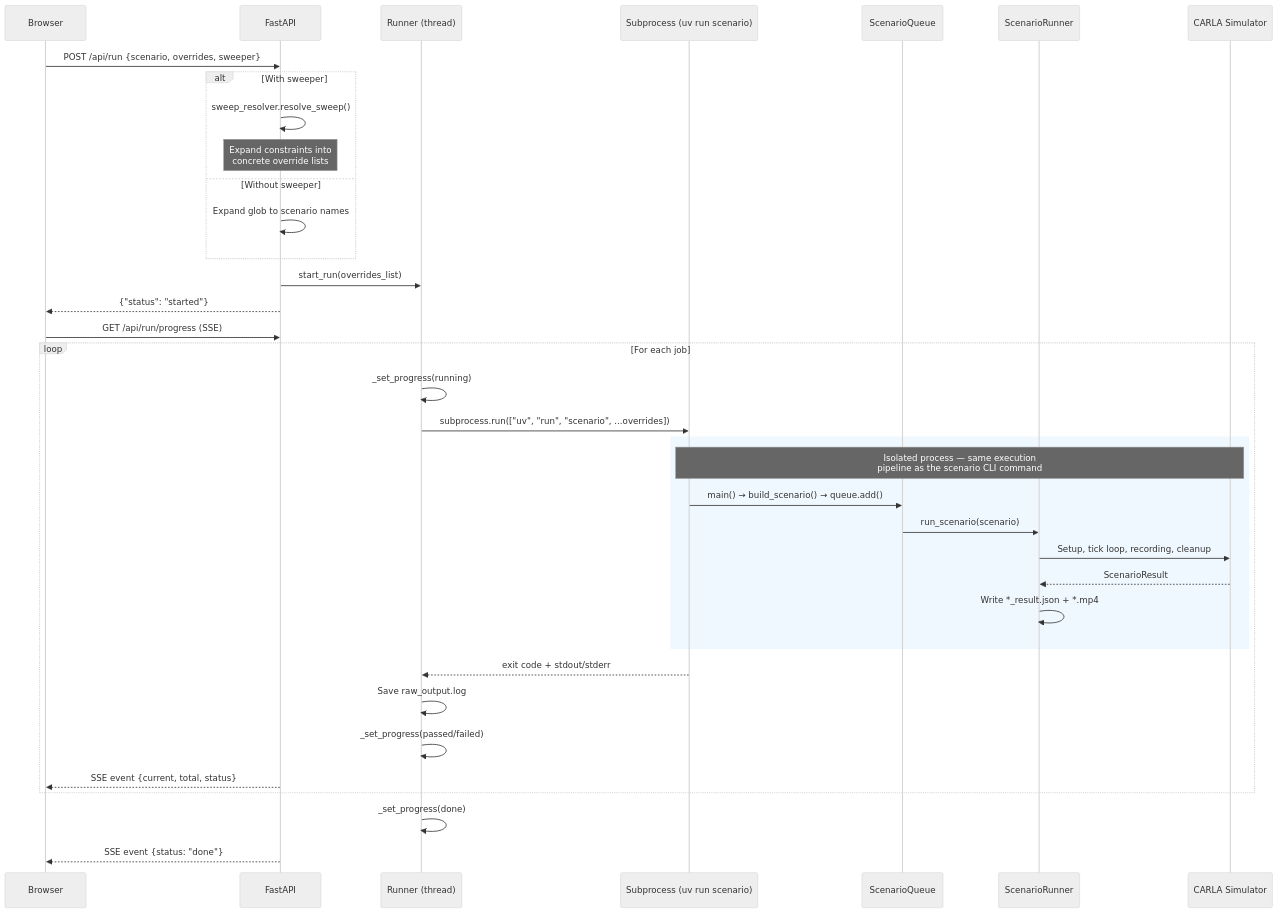
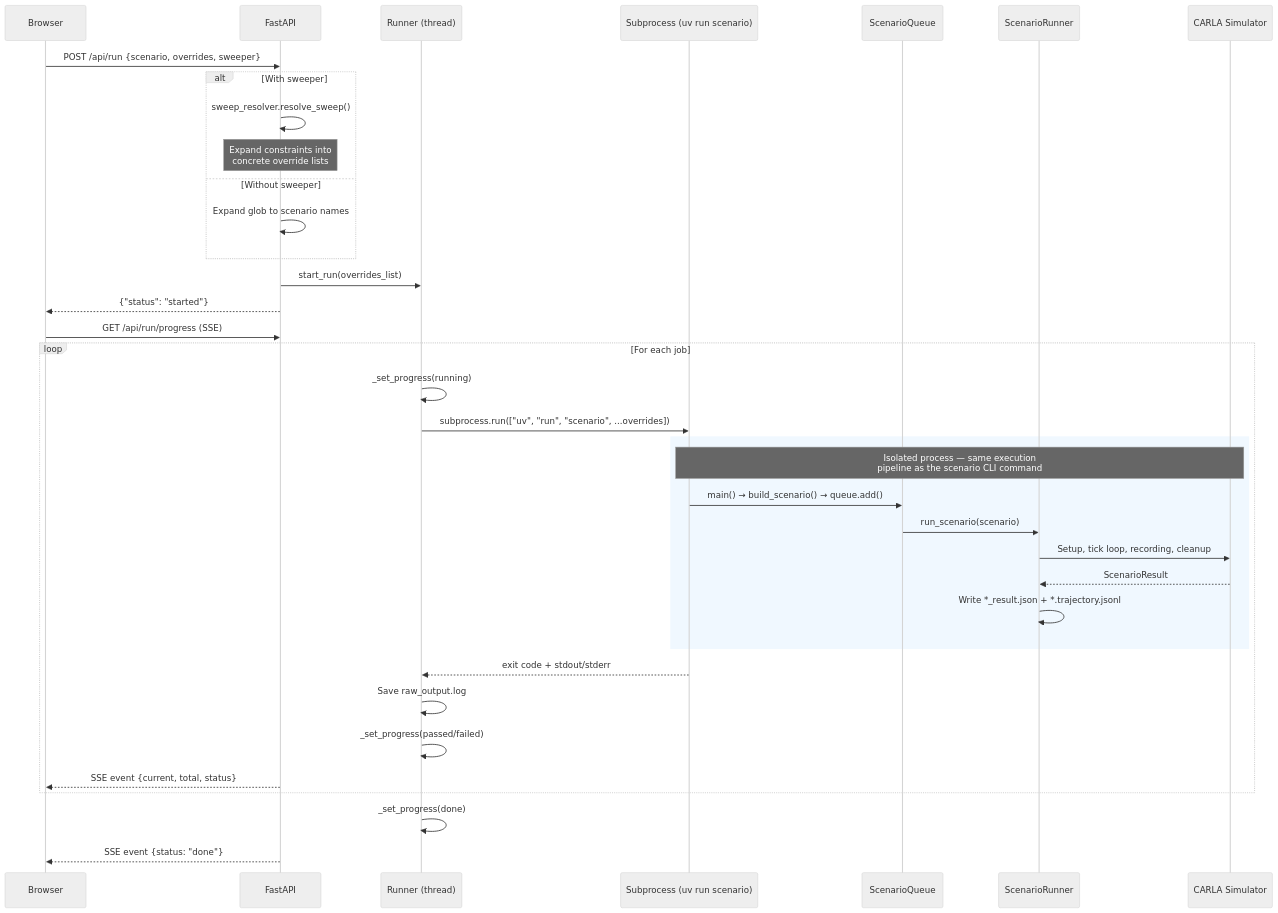
One commit to autowarefoundation/autoware_carla_scenario changed the ninth of 13 diagrams in autoware_carla_scenario/docs/architecture.md. Above: the diagram before and after it, drawn with Mermaid (neutral theme). The commit also changed other lines of this file and 45 other files, not shown here.

````diff
--- a/autoware_carla_scenario/docs/architecture.md
+++ b/autoware_carla_scenario/docs/architecture.md
@@ -903,46 +874,46 @@
 ```mermaid
 sequenceDiagram
     participant B as Browser
     participant A as FastAPI
     participant R as Runner (thread)
     participant S as Subprocess (uv run scenario)
     participant SQ as ScenarioQueue
     participant SR as ScenarioRunner
     participant C as CARLA Simulator
 
     B->>A: POST /api/run {scenario, overrides, sweeper}
 
     alt With sweeper
         A->>A: sweep_resolver.resolve_sweep()
         Note over A: Expand constraints into<br/>concrete override lists
     else Without sweeper
         A->>A: Expand glob to scenario names
     end
 
     A->>R: start_run(overrides_list)
     A-->>B: {"status": "started"}
 
     B->>A: GET /api/run/progress (SSE)
 
     loop For each job
         R->>R: _set_progress(running)
         R->>S: subprocess.run(["uv", "run", "scenario", ...overrides])
 
         rect rgb(240, 248, 255)
             Note over S,C: Isolated process — same execution<br/>pipeline as the scenario CLI command
             S->>SQ: main() → build_scenario() → queue.add()
             SQ->>SR: run_scenario(scenario)
             SR->>C: Setup, tick loop, recording, cleanup
             C-->>SR: ScenarioResult
-            SR->>SR: Write *_result.json + *.mp4
+            SR->>SR: Write *_result.json + *.trajectory.jsonl
         end
 
         S-->>R: exit code + stdout/stderr
         R->>R: Save raw_output.log
         R->>R: _set_progress(passed/failed)
         A-->>B: SSE event {current, total, status}
     end
 
     R->>R: _set_progress(done)
     A-->>B: SSE event {status: "done"}
 ```
````
